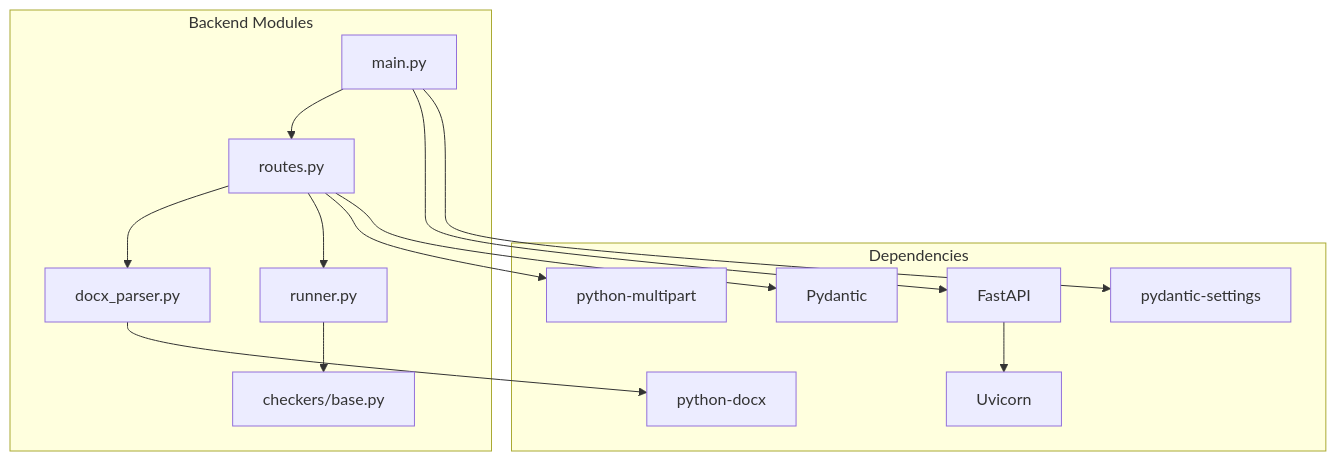
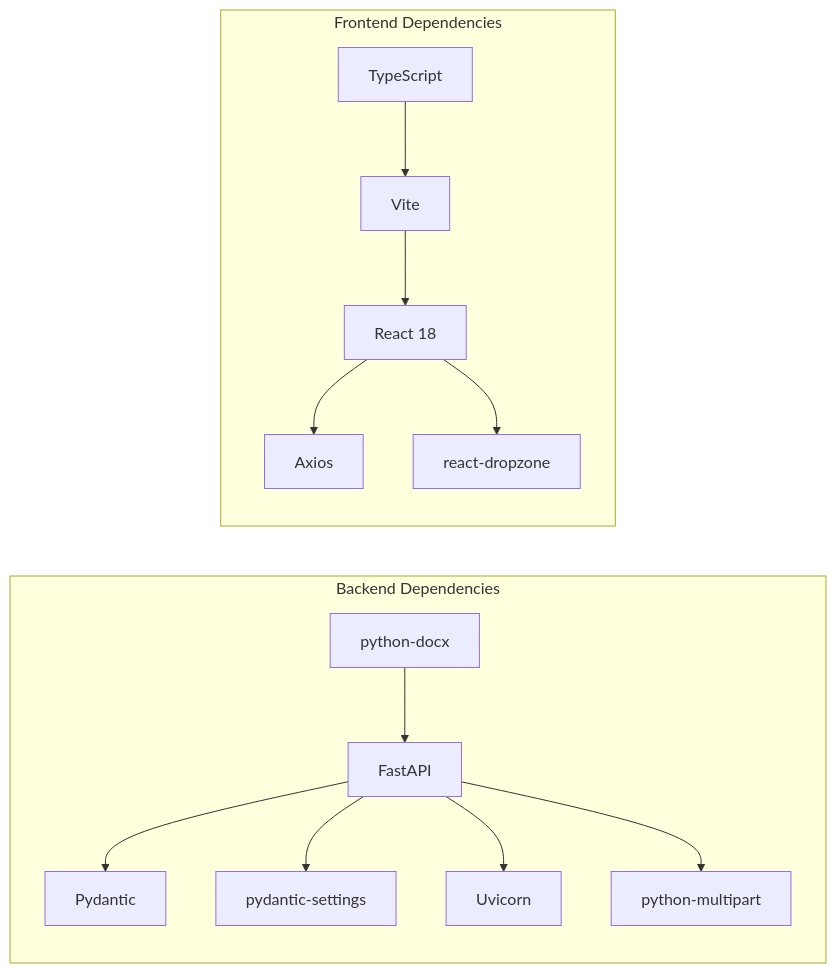
The sixth of 6 diagrams in .qoder/repowiki/en/content/Project Overview.md (geekeraman/dissertation-checker), drawn with Mermaid before and after one commit. The commit also changed other lines of this file and 88 other files, not shown here.

Commit message:
feat: enhance all checkers with GOST 7.32-2017 requirements — heading centering, paragraph indent, page breaks, Kazakh caption format, citation consistency, abstract word count, fix parser bugs (Twips, false sections)

````diff
--- a/.qoder/repowiki/en/content/Project Overview.md
+++ b/.qoder/repowiki/en/content/Project Overview.md
@@ -272,28 +289,27 @@
 ```mermaid
-graph TB
-subgraph "Dependencies"
-FA["FastAPI"]
-UV["Uvicorn"]
-PM["python-multipart"]
-PD["python-docx"]
-PY["Pydantic"]
-PS["pydantic-settings"]
+graph LR
+subgraph "Backend Dependencies"
+F["FastAPI"]
+U["Uvicorn"]
+D["python-docx"]
+M["python-multipart"]
+P["Pydantic"]
+S["pydantic-settings"]
 end
-subgraph "Backend Modules"
-MAIN["main.py"]
-ROUTES["routes.py"]
-RUN["runner.py"]
-PARSE["docx_parser.py"]
-BASE["checkers/base.py"]
+subgraph "Frontend Dependencies"
+R["React 18"]
+V["Vite"]
+T["TypeScript"]
+A["Axios"]
+RD["react-dropzone"]
 end
-MAIN --> ROUTES
-ROUTES --> PARSE
-ROUTES --> RUN
-RUN --> BASE
-PARSE --> PD
-MAIN --> FA
-FA --> UV
-ROUTES --> PM
-MAIN --> PS
-ROUTES --> PY
+F --> P
+F --> S
+F --> U
+F --> M
+D --> F
+R --> A
+R --> RD
+V --> R
+T --> V
 ```
````
